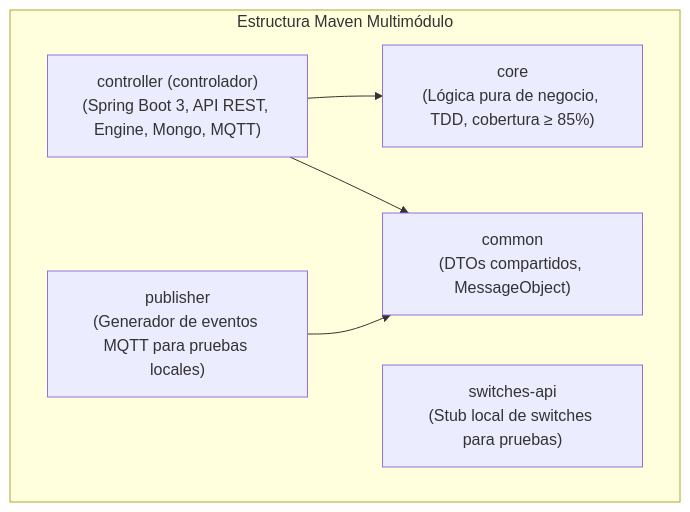
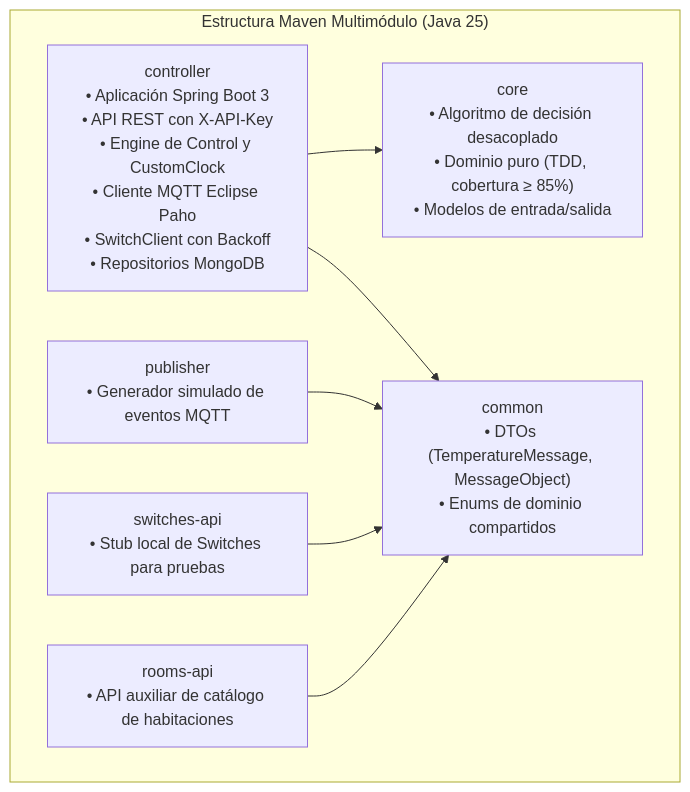
One commit to walterlarrea/IISS-2026-grupo-2 changed the fifth of 7 diagrams in docs/arquitectura/4mas1.md. Above: the diagram before and after it, drawn with Mermaid. The commit also changed other lines of this file, not shown here.

````diff
--- a/docs/arquitectura/4mas1.md
+++ b/docs/arquitectura/4mas1.md
@@ -172,14 +256,17 @@
 ```mermaid
 graph TD
-    subgraph Repo ["Estructura Maven Multimódulo"]
-        Common["common<br/>(DTOs compartidos, MessageObject)"]
-        Core["core<br/>(Lógica pura de negocio, TDD, cobertura ≥ 85%)"]
-        Controlador["controller (controlador)<br/>(Spring Boot 3, API REST, Engine, Mongo, MQTT)"]
-        SwitchesApi["switches-api<br/>(Stub local de switches para pruebas)"]
-        Publisher["publisher<br/>(Generador de eventos MQTT para pruebas locales)"]
+    subgraph MultiModule ["Estructura Maven Multimódulo (Java 25)"]
+        Common["common<br/>• DTOs (TemperatureMessage, MessageObject)<br/>• Enums de dominio compartidos"]
+        Core["core<br/>• Algoritmo de decisión desacoplado<br/>• Dominio puro (TDD, cobertura ≥ 85%)<br/>• Modelos de entrada/salida"]
+        Controller["controller<br/>• Aplicación Spring Boot 3<br/>• API REST con X-API-Key<br/>• Engine de Control y CustomClock<br/>• Cliente MQTT Eclipse Paho<br/>• SwitchClient con Backoff<br/>• Repositorios MongoDB"]
+        SwitchesApi["switches-api<br/>• Stub local de Switches para pruebas"]
+        RoomsApi["rooms-api<br/>• API auxiliar de catálogo de habitaciones"]
+        Publisher["publisher<br/>• Generador simulado de eventos MQTT"]
     end
 
-    Controlador --> Core
-    Controlador --> Common
+    Controller --> Core
+    Controller --> Common
     Publisher --> Common
+    SwitchesApi --> Common
+    RoomsApi --> Common
 ```
````
